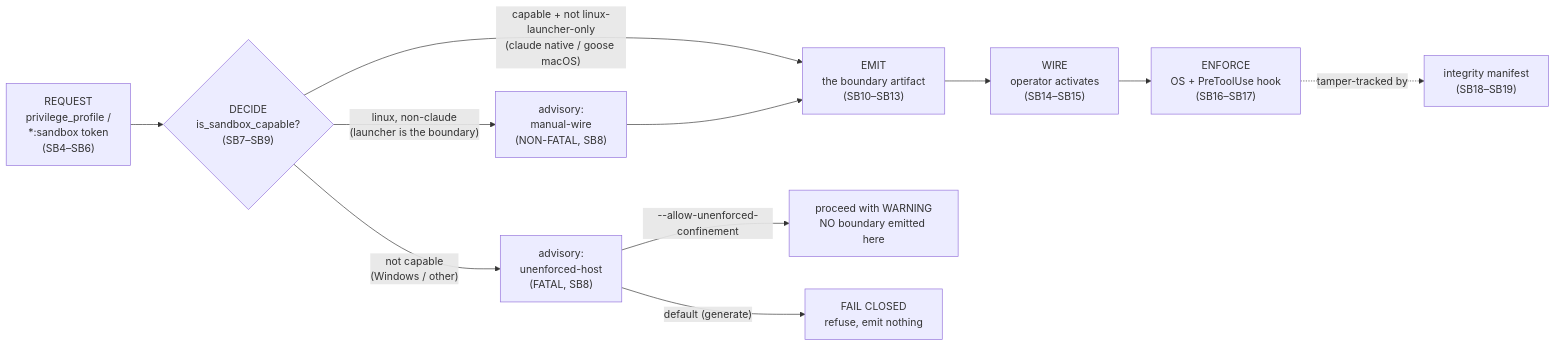
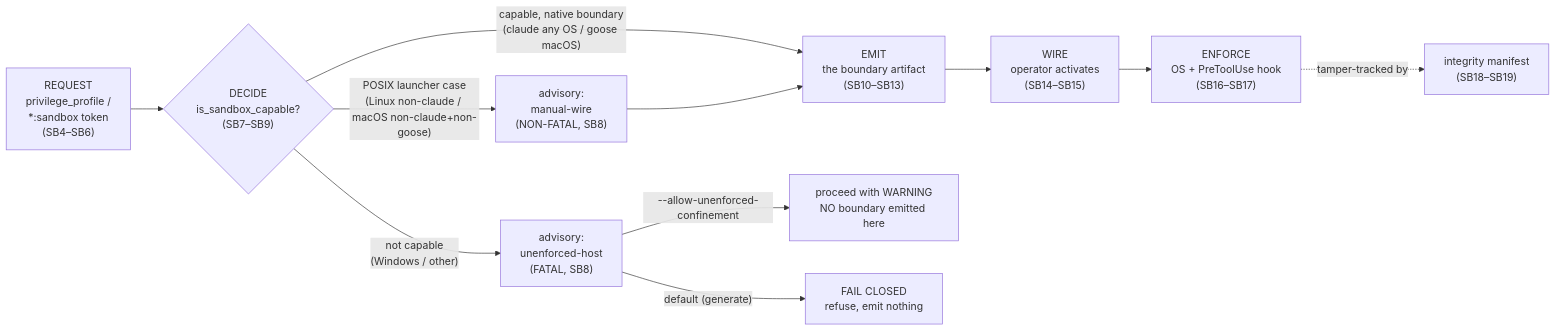
The first of 6 diagrams in docs_src/agentteams-sandboxing-guide/SKELETON.md (jlcatonjr/agentteams), drawn with Mermaid before and after one commit. The commit also changed other lines of this file and 16 other files, not shown here.

First line of the commit message:
docs(sandboxing): document the macOS augmentation of the confinement launcher

````diff
--- a/docs_src/agentteams-sandboxing-guide/SKELETON.md
+++ b/docs_src/agentteams-sandboxing-guide/SKELETON.md
@@ -49,19 +51,19 @@
 ```mermaid
 flowchart LR
     R["REQUEST<br/>privilege_profile /<br/>*:sandbox token<br/>(SB4–SB6)"]
     D{"DECIDE<br/>is_sandbox_capable?<br/>(SB7–SB9)"}
     E["EMIT<br/>the boundary artifact<br/>(SB10–SB13)"]
     W["WIRE<br/>operator activates<br/>(SB14–SB15)"]
     EN["ENFORCE<br/>OS + PreToolUse hook<br/>(SB16–SB17)"]
     A1["advisory:<br/>unenforced-host<br/>(FATAL, SB8)"]
     A2["advisory:<br/>manual-wire<br/>(NON-FATAL, SB8)"]
 
     R --> D
-    D -- "capable + not linux-launcher-only<br/>(claude native / goose macOS)" --> E
-    D -- "linux, non-claude<br/>(launcher is the boundary)" --> A2 --> E
+    D -- "capable, native boundary<br/>(claude any OS / goose macOS)" --> E
+    D -- "POSIX launcher case<br/>(Linux non-claude / macOS non-claude+non-goose)" --> A2 --> E
     D -- "not capable<br/>(Windows / other)" --> A1
     A1 -- "--allow-unenforced-confinement" --> WN["proceed with WARNING<br/>NO boundary emitted here"]
     A1 -- "default (generate)" --> X["FAIL CLOSED<br/>refuse, emit nothing"]
     E --> W --> EN
     EN -. "tamper-tracked by" .-> I["integrity manifest<br/>(SB18–SB19)"]
 ```
````
